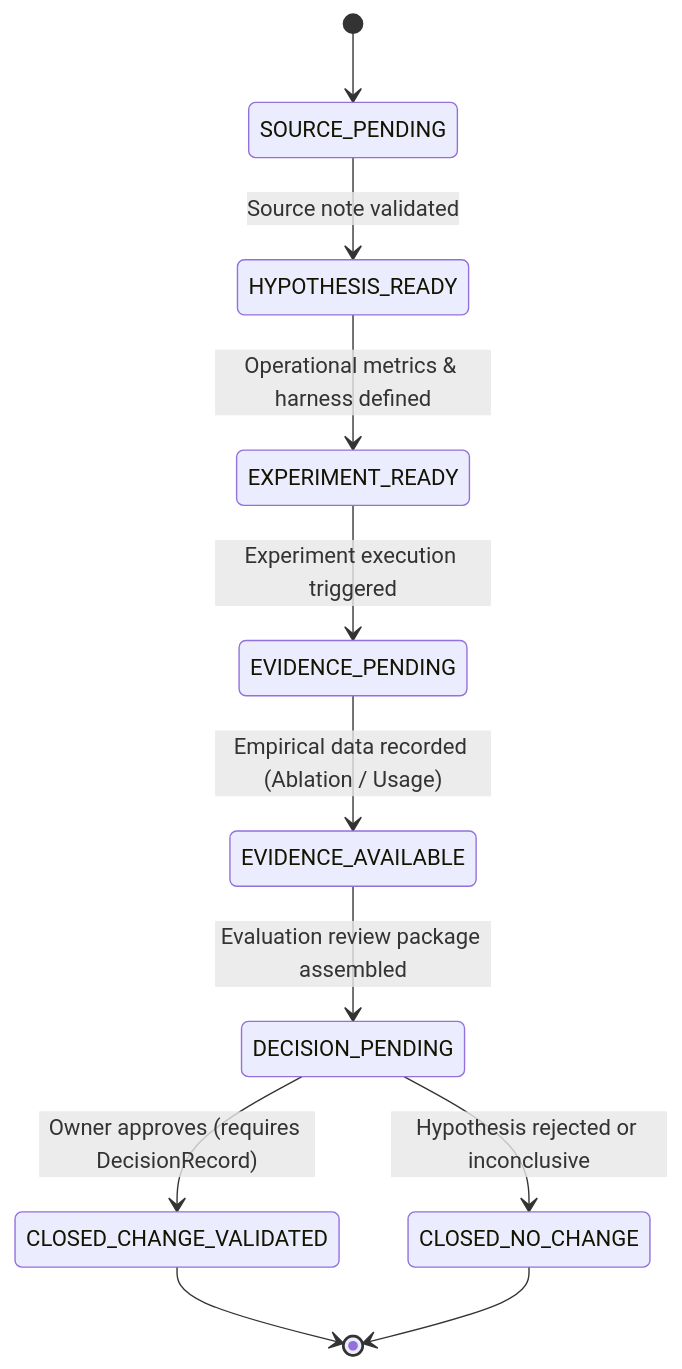
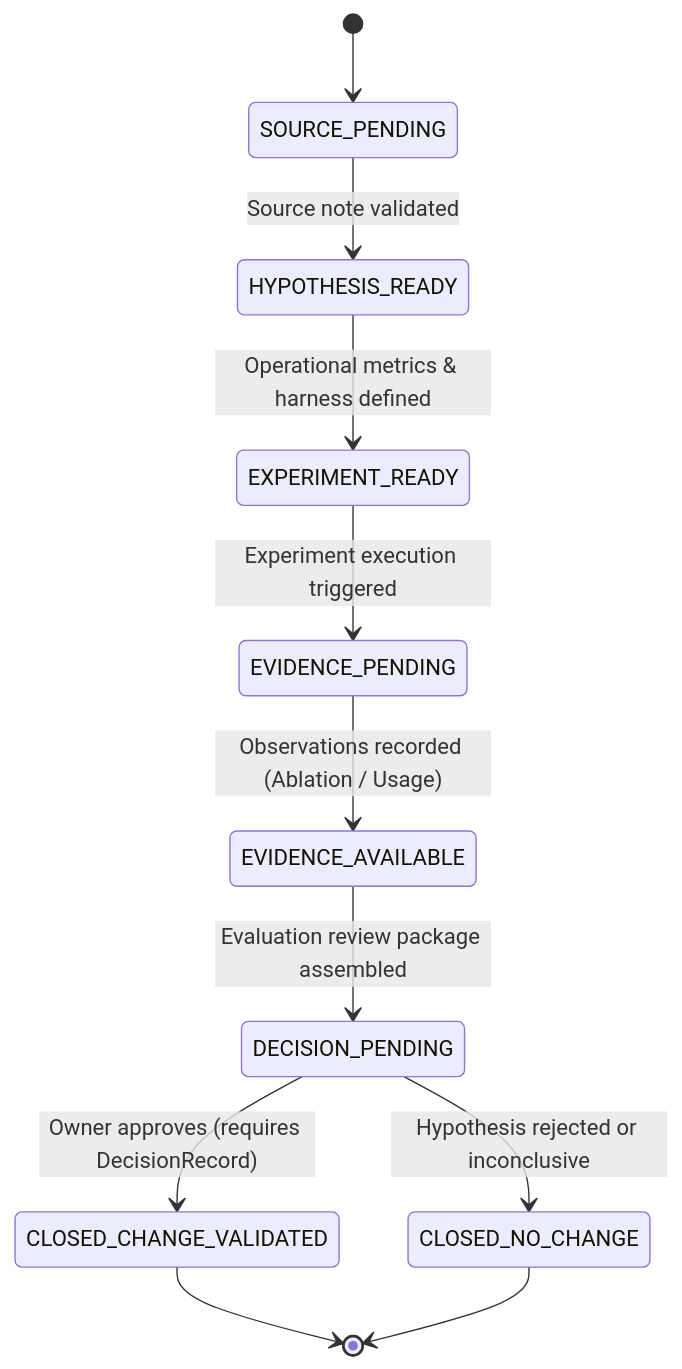
One commit to userist123/AI_Memory_Vault_CODEX_READY changed the diagram in 08_RESEARCH/BOOK_TO_MEMORY/PHASE9_HYPOTHESIS_ARCHITECTURE.md. Above: the diagram before and after it, drawn with Mermaid. The commit also changed other lines of this file and 33 other files, not shown here.

````diff
--- a/08_RESEARCH/BOOK_TO_MEMORY/PHASE9_HYPOTHESIS_ARCHITECTURE.md
+++ b/08_RESEARCH/BOOK_TO_MEMORY/PHASE9_HYPOTHESIS_ARCHITECTURE.md
@@ -37,13 +37,13 @@
 ```mermaid
 stateDiagram-v2
     [*] --> SOURCE_PENDING
     SOURCE_PENDING --> HYPOTHESIS_READY: Source note validated
     HYPOTHESIS_READY --> EXPERIMENT_READY: Operational metrics & harness defined
     EXPERIMENT_READY --> EVIDENCE_PENDING: Experiment execution triggered
-    EVIDENCE_PENDING --> EVIDENCE_AVAILABLE: Empirical data recorded (Ablation / Usage)
+    EVIDENCE_PENDING --> EVIDENCE_AVAILABLE: Observations recorded (Ablation / Usage)
     EVIDENCE_AVAILABLE --> DECISION_PENDING: Evaluation review package assembled
     DECISION_PENDING --> CLOSED_CHANGE_VALIDATED: Owner approves (requires DecisionRecord)
     DECISION_PENDING --> CLOSED_NO_CHANGE: Hypothesis rejected or inconclusive
     CLOSED_CHANGE_VALIDATED --> [*]
     CLOSED_NO_CHANGE --> [*]
 ```
````
